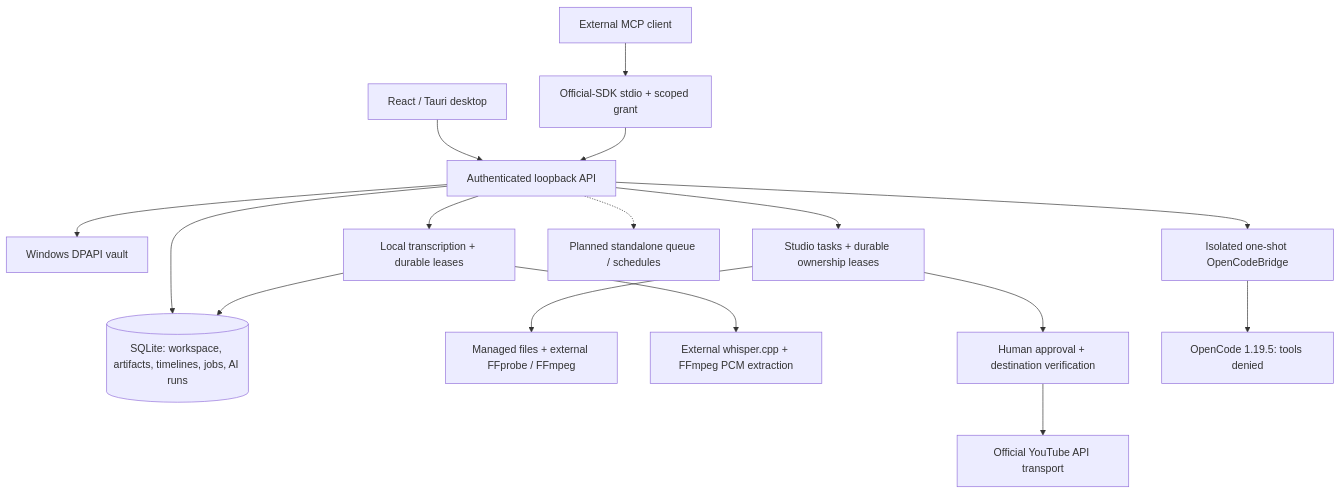
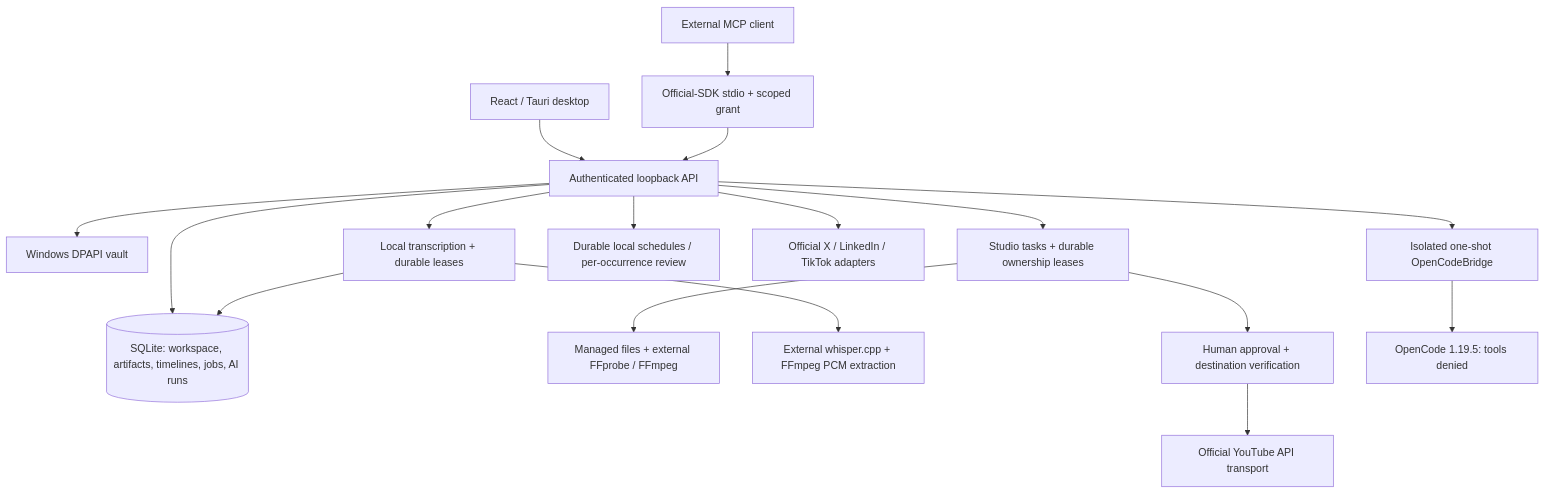
Before and after one commit to merteren97/AtrisShare: the diagram in docs/ARCHITECTURE.md, drawn with Mermaid. The commit also changed other lines of this file and 90 other files, not shown here.

First line of the commit message:
Add comprehensive tests for social media integration and OAuth flows

````diff
--- a/docs/ARCHITECTURE.md
+++ b/docs/ARCHITECTURE.md
@@ -21,18 +22,19 @@
 ```mermaid
 flowchart TD
     Desktop[React / Tauri desktop] --> API[Authenticated loopback API]
     API --> DB[(SQLite: workspace, artifacts, timelines, jobs, AI runs)]
     API --> Vault[Windows DPAPI vault]
     API --> Studio[Studio tasks + durable ownership leases]
     Studio --> Media[Managed files + external FFprobe / FFmpeg]
     API --> Speech[Local transcription + durable leases]
     Speech --> Whisper[External whisper.cpp + FFmpeg PCM extraction]
     Speech --> DB
     Studio --> Gate[Human approval + destination verification]
     Gate --> Social[Official YouTube API transport]
     Client[External MCP client] --> MCP[Official-SDK stdio + scoped grant]
     MCP --> API
-    API -.-> Queue[Planned standalone queue / schedules]
+    API --> Queue[Durable local schedules / per-occurrence review]
+    API --> SocialAdapters[Official X / LinkedIn / TikTok adapters]
     API --> AI[Isolated one-shot OpenCodeBridge]
     AI --> CLI[OpenCode 1.19.5: tools denied]
 ```
````
